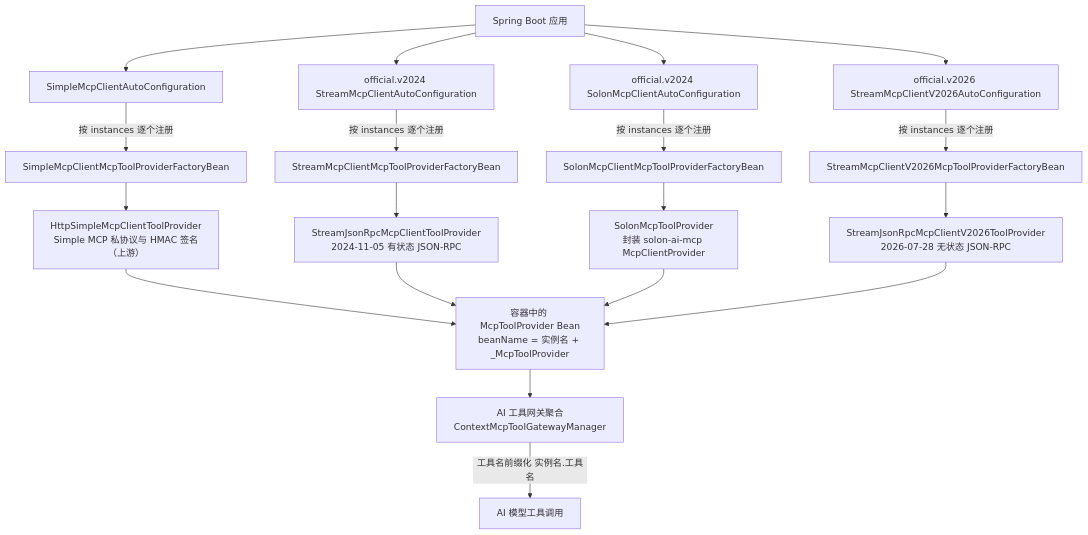
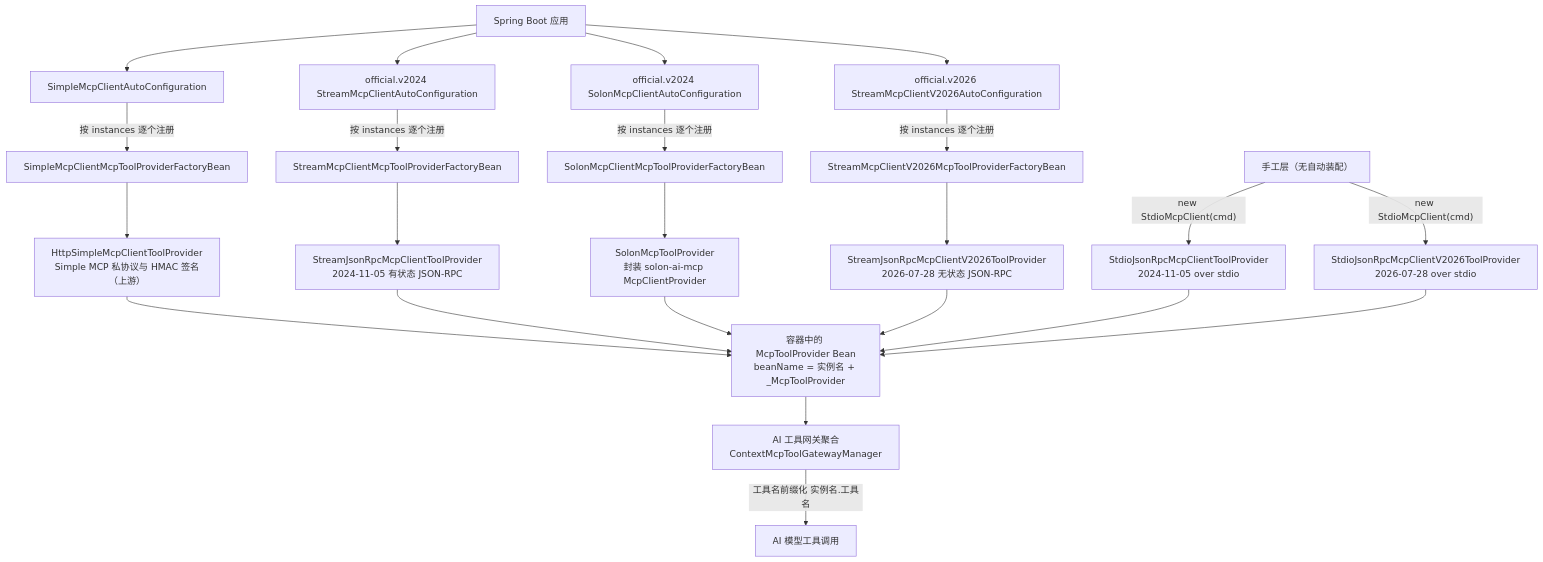
Before and after one commit to Ice2Faith/i2f-turbo-java: the first of 3 diagrams in .wiki/modules/i2f-springboot/i2f-springboot-ai-mcp-client/readme.md, drawn with Mermaid. The commit also changed other lines of this file and 4 other files, not shown here.

````diff
--- a/.wiki/modules/i2f-springboot/i2f-springboot-ai-mcp-client/readme.md
+++ b/.wiki/modules/i2f-springboot/i2f-springboot-ai-mcp-client/readme.md
@@ -38,24 +57,32 @@
 ```mermaid
 flowchart TD
     APP["Spring Boot 应用"] --> SIMPLE["SimpleMcpClientAutoConfiguration"]
     APP --> S24["official.v2024 StreamMcpClientAutoConfiguration"]
     APP --> SOLON["official.v2024 SolonMcpClientAutoConfiguration"]
     APP --> S26["official.v2026 StreamMcpClientV2026AutoConfiguration"]
 
     SIMPLE -->|"按 instances 逐个注册"| FS["SimpleMcpClientMcpToolProviderFactoryBean"]
     S24 -->|"按 instances 逐个注册"| FT["StreamMcpClientMcpToolProviderFactoryBean"]
     SOLON -->|"按 instances 逐个注册"| FN["SolonMcpClientMcpToolProviderFactoryBean"]
     S26 -->|"按 instances 逐个注册"| FX["StreamMcpClientV2026McpToolProviderFactoryBean"]
 
     FS --> PS["HttpSimpleMcpClientToolProvider<br/>Simple MCP 私协议与 HMAC 签名（上游）"]
     FT --> PT["StreamJsonRpcMcpClientToolProvider<br/>2024-11-05 有状态 JSON-RPC"]
     FN --> PN["SolonMcpToolProvider<br/>封装 solon-ai-mcp McpClientProvider"]
     FX --> PX["StreamJsonRpcMcpClientV2026ToolProvider<br/>2026-07-28 无状态 JSON-RPC"]
 
     PS --> BEANS["容器中的 McpToolProvider Bean<br/>beanName = 实例名 + _McpToolProvider"]
     PT --> BEANS
     PN --> BEANS
     PX --> BEANS
+
+    MANUAL["手工层（无自动装配）"]
+    PSD["StdioJsonRpcMcpClientToolProvider<br/>2024-11-05 over stdio"]
+    PSD6["StdioJsonRpcMcpClientV2026ToolProvider<br/>2026-07-28 over stdio"]
+    MANUAL -->|"new StdioMcpClient(cmd)"| PSD
+    MANUAL -->|"new StdioMcpClient(cmd)"| PSD6
+    PSD --> BEANS
+    PSD6 --> BEANS
     BEANS --> GW["AI 工具网关聚合<br/>ContextMcpToolGatewayManager"]
     GW -->|"工具名前缀化 实例名.工具名"| AI["AI 模型工具调用"]
 ```
````
